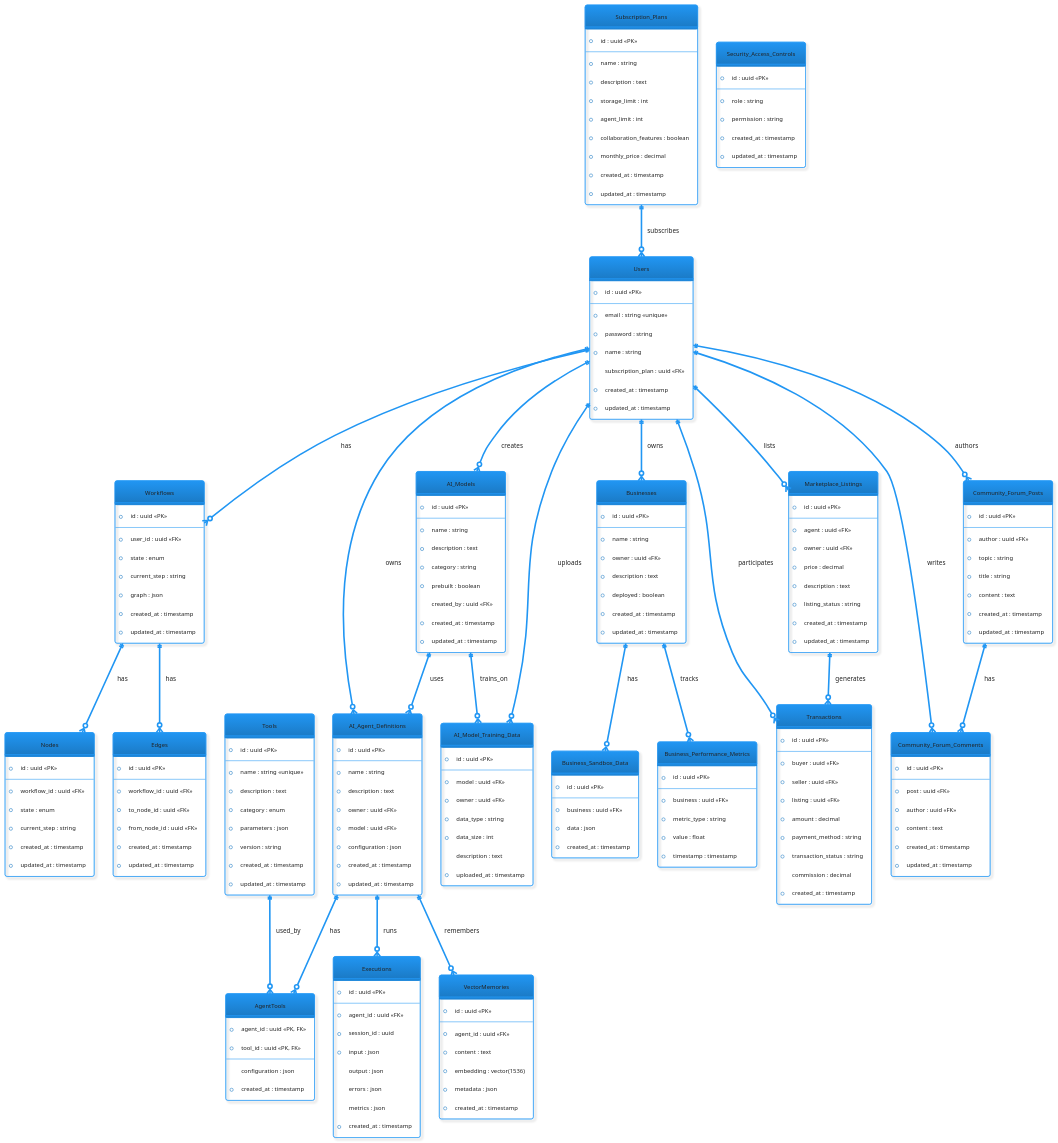
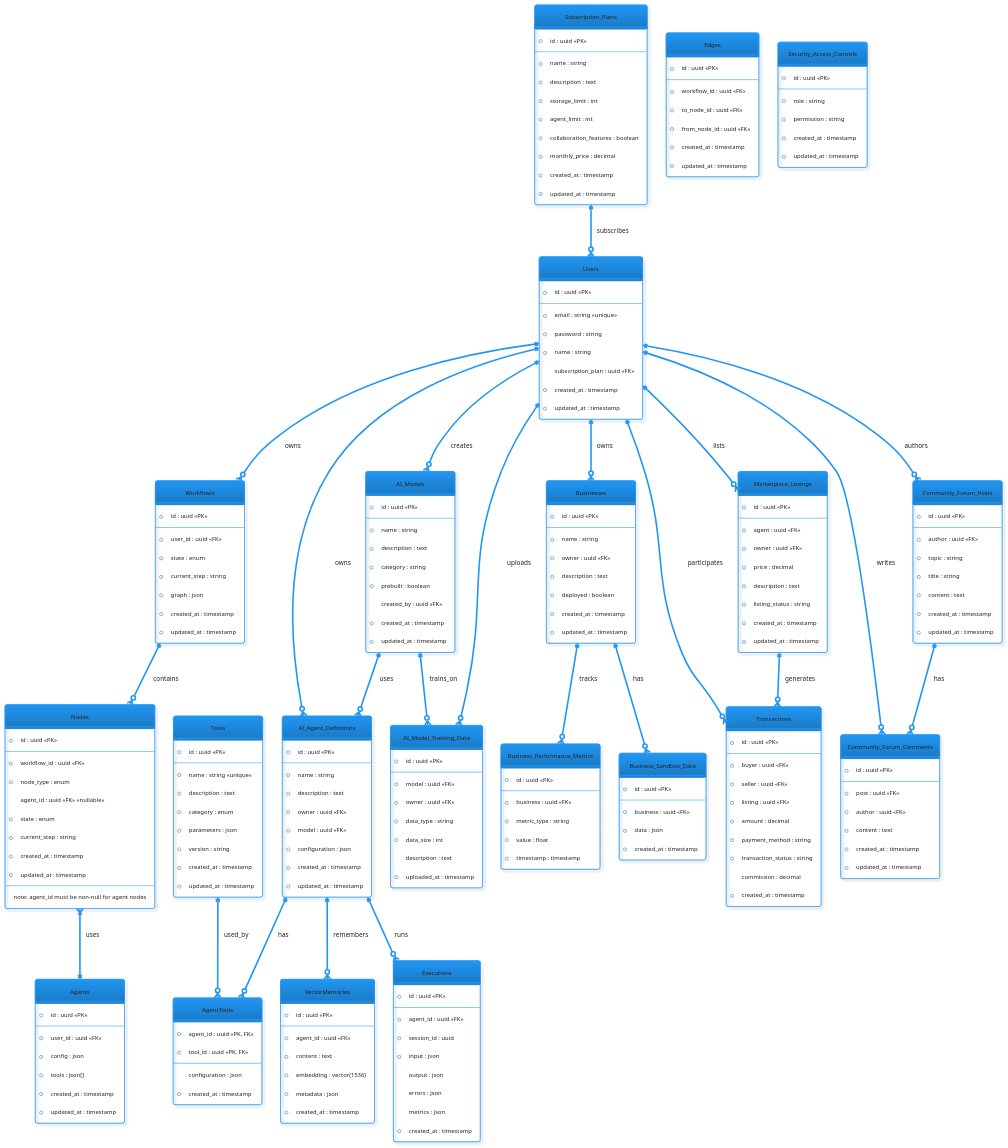
The diagram in docs/db-architecture-diagram.puml (m0nq/cloud-people), drawn with PlantUML before and after one commit. The commit also changed 7 other files, not shown here.

Commit message:
Refactored types of nodes and add agent id to node

```diff
--- a/docs/db-architecture-diagram.puml
+++ b/docs/db-architecture-diagram.puml
@@ -45,10 +45,14 @@
   * id : uuid <<PK>>
   --
   * workflow_id : uuid <<FK>>
+  * node_type : enum
+  agent_id : uuid <<FK>> <<nullable>>
   * state : enum
   * current_step : string
   * created_at : timestamp
   * updated_at : timestamp
+  --
+  note: agent_id must be non-null for agent nodes
 }
 
 entity Edges {
@@ -226,14 +230,24 @@
   * updated_at : timestamp
 }
 
+entity Agents {
+  * id : uuid <<PK>>
+  --
+  * user_id : uuid <<FK>>
+  * config : json
+  * tools : json[]
+  * created_at : timestamp
+  * updated_at : timestamp
+}
+
 ' Relationships
 ' Core relationships
-Users ||--o{ Workflows : has
+Users ||--o{ Workflows : owns
 Subscription_Plans ||--o{ Users : subscribes
 
 ' Workflow relationships
-Workflows ||--o{ Nodes : has
-Workflows ||--o{ Edges : has
+Workflows ||--o{ Nodes : contains
+Nodes }|--|| Agents : uses
 
 ' AI relationships
 Users ||--o{ AI_Models : creates
```
